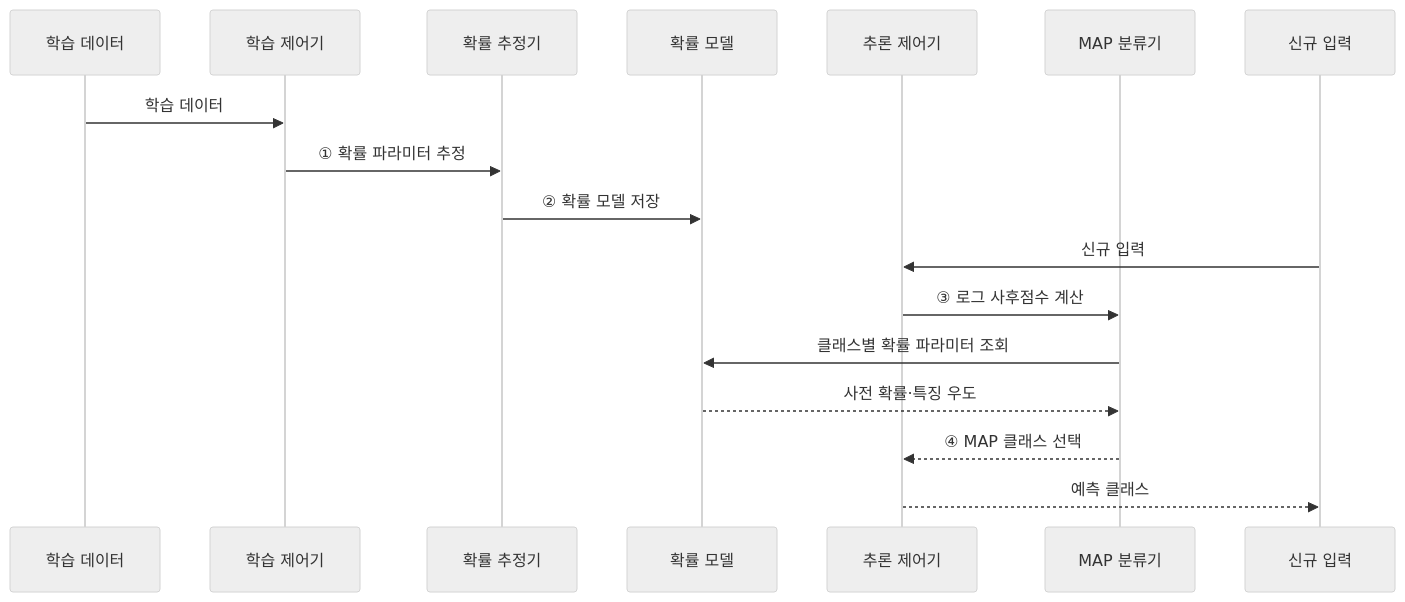
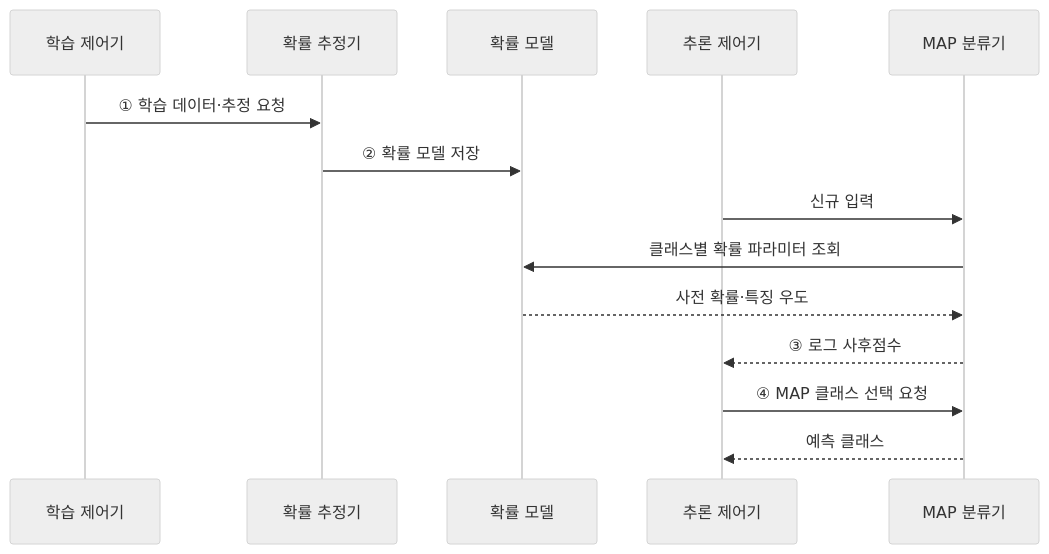
The second of 2 diagrams in src/content/docs/notes/01-basic-theory/051_naive_bayes.md (agnusdei1207/knowledge-base), drawn with Mermaid (neutral theme) before and after one commit. The commit also changed other lines of this file and 20 other files, not shown here.

````diff
--- a/src/content/docs/notes/01-basic-theory/051_naive_bayes.md
+++ b/src/content/docs/notes/01-basic-theory/051_naive_bayes.md
@@ -72,19 +72,16 @@
 ```mermaid
 sequenceDiagram
-    participant D as 학습 데이터
     participant T as 학습 제어기
     participant E as 확률 추정기
     participant M as 확률 모델
     participant I as 추론 제어기
     participant C as MAP 분류기
-    participant X as 신규 입력
-    D->>T: 학습 데이터
-    T->>E: ① 확률 파라미터 추정
+    T->>E: ① 학습 데이터·추정 요청
     E->>M: ② 확률 모델 저장
-    X->>I: 신규 입력
-    I->>C: ③ 로그 사후점수 계산
+    I->>C: 신규 입력
     C->>M: 클래스별 확률 파라미터 조회
     M-->>C: 사전 확률·특징 우도
-    C-->>I: ④ MAP 클래스 선택
-    I-->>X: 예측 클래스
+    C-->>I: ③ 로그 사후점수
+    I->>C: ④ MAP 클래스 선택 요청
+    C-->>I: 예측 클래스
 ```
````
